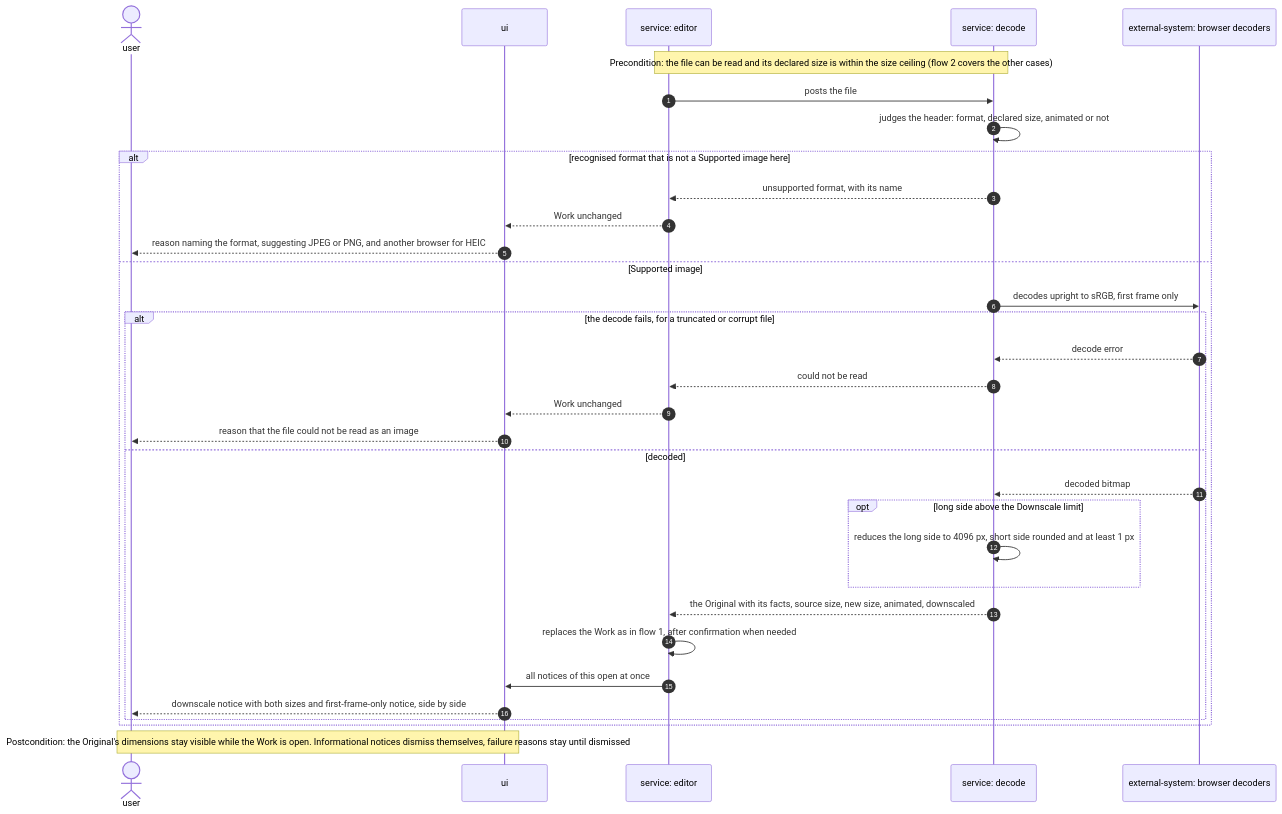
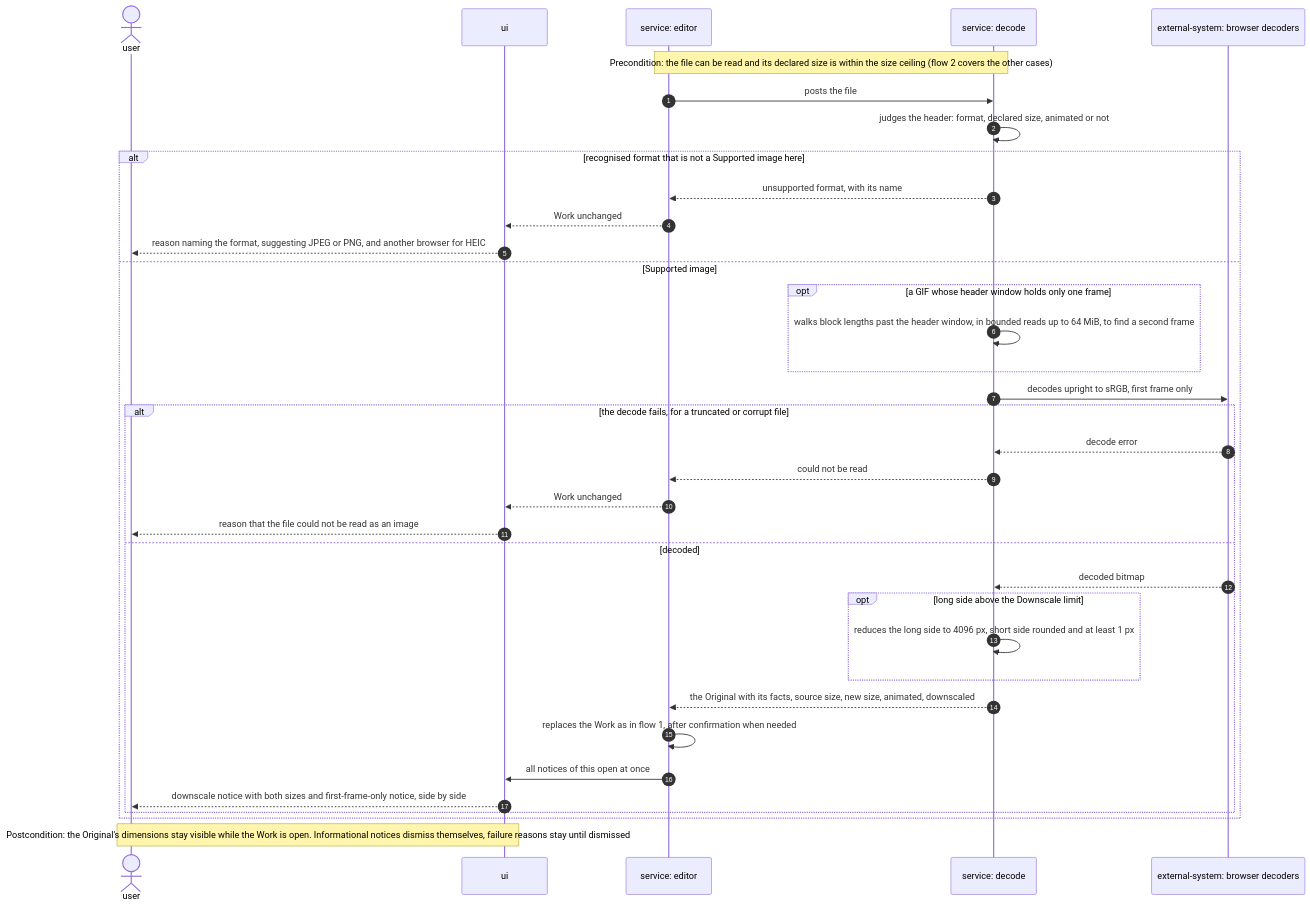
One commit to Blazheiko/imgly changed the sixth of 9 diagrams in docs/features/open-and-view/sad.md. Above: the diagram before and after it, drawn with Mermaid. The commit also changed other lines of this file and 2 other files, not shown here.

Commit message:
docs(open-and-view): show the GIF late-frame walk in the pipeline comment and sad.md flow 4
SDD-Task: T55
SDD-AC: AC-11

````diff
--- a/docs/features/open-and-view/sad.md
+++ b/docs/features/open-and-view/sad.md
@@ -323,36 +323,39 @@
 ```mermaid
 sequenceDiagram
     autonumber
     actor U as user
     participant UI as ui
     participant ED as service: editor
     participant DEC as service: decode
     participant BR as external-system: browser decoders
 
     Note over ED,DEC: Precondition: the file can be read and its declared size is within the size ceiling (flow 2 covers the other cases)
     ED->>DEC: posts the file
     DEC->>DEC: judges the header: format, declared size, animated or not
     alt recognised format that is not a Supported image here
         DEC-->>ED: unsupported format, with its name
         ED-->>UI: Work unchanged
         UI-->>U: reason naming the format, suggesting JPEG or PNG, and another browser for HEIC
     else Supported image
+        opt a GIF whose header window holds only one frame
+            DEC->>DEC: walks block lengths past the header window, in bounded reads up to 64 MiB, to find a second frame
+        end
         DEC->>BR: decodes upright to sRGB, first frame only
         alt the decode fails, for a truncated or corrupt file
             BR-->>DEC: decode error
             DEC-->>ED: could not be read
             ED-->>UI: Work unchanged
             UI-->>U: reason that the file could not be read as an image
         else decoded
             BR-->>DEC: decoded bitmap
             opt long side above the Downscale limit
                 DEC->>DEC: reduces the long side to 4096 px, short side rounded and at least 1 px
             end
             DEC-->>ED: the Original with its facts, source size, new size, animated, downscaled
             ED->>ED: replaces the Work as in flow 1, after confirmation when needed
             ED->>UI: all notices of this open at once
             UI-->>U: downscale notice with both sizes and first-frame-only notice, side by side
         end
     end
     Note over U,UI: Postcondition: the Original's dimensions stay visible while the Work is open. Informational notices dismiss themselves, failure reasons stay until dismissed
 ```
````
